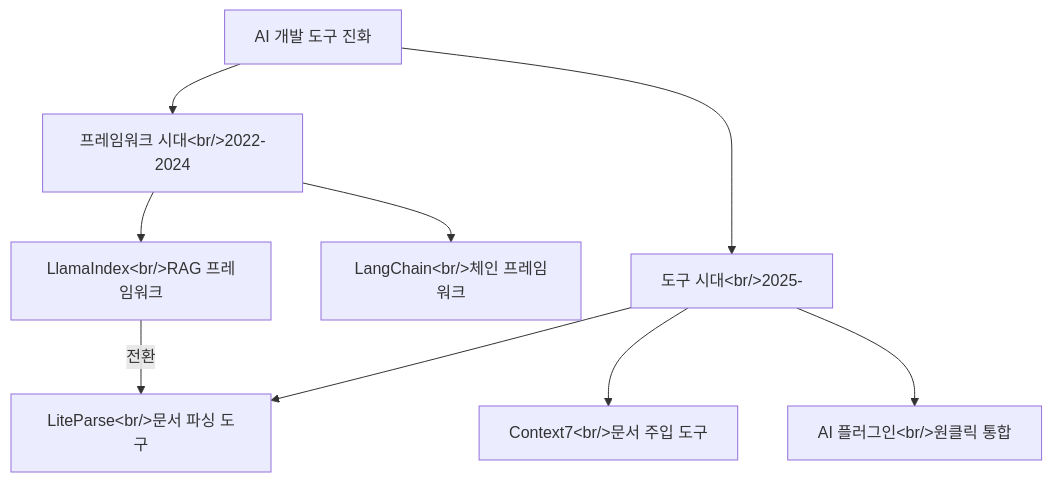
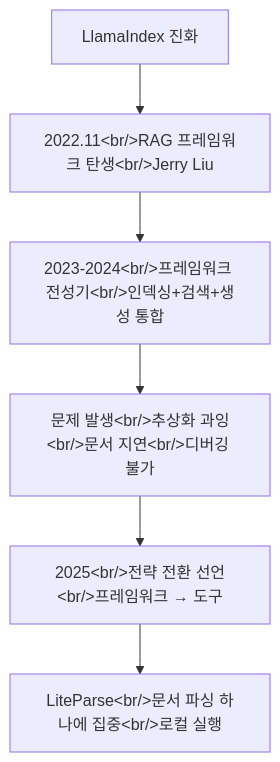
The diagram in content/posts/2026-03-30-ai-dev-tools.md (ice-ice-bear/ice-ice-bear.github.io), drawn with Mermaid before and after one commit. The commit also changed other lines of this file, not shown here.

First line of the commit message:
fix: LiteParse 포스트를 단일 주제로 재작성, 깨진 한글 수정

````diff
--- a/content/posts/2026-03-30-ai-dev-tools.md
+++ b/content/posts/2026-03-30-ai-dev-tools.md
@@ -18,11 +18,8 @@
 ```mermaid
 graph TD
-    A["AI 개발 도구 진화"] --> B["프레임워크 시대&lt;br/&gt;2022-2024"]
-    A --> C["도구 시대&lt;br/&gt;2025-"]
-    B --> D["LlamaIndex&lt;br/&gt;RAG 프레임워크"]
-    B --> E["LangChain&lt;br/&gt;체인 프레임워크"]
-    C --> F["LiteParse&lt;br/&gt;문서 파싱 도구"]
-    C --> G["Context7&lt;br/&gt;문서 주입 도구"]
-    C --> H["AI 플러그인&lt;br/&gt;원클릭 통합"]
-    D -->|"전환"| F
+    A["LlamaIndex 진화"] --> B["2022.11&lt;br/&gt;RAG 프레임워크 탄생&lt;br/&gt;Jerry Liu"]
+    B --> C["2023-2024&lt;br/&gt;프레임워크 전성기&lt;br/&gt;인덱싱+검색+생성 통합"]
+    C --> D["문제 발생&lt;br/&gt;추상화 과잉&lt;br/&gt;문서 지연&lt;br/&gt;디버깅 불가"]
+    D --> E["2025&lt;br/&gt;전략 전환 선언&lt;br/&gt;프레임워크 → 도구"]
+    E --> F["LiteParse&lt;br/&gt;문서 파싱 하나에 집중&lt;br/&gt;로컬 실행"]
 ```
````
